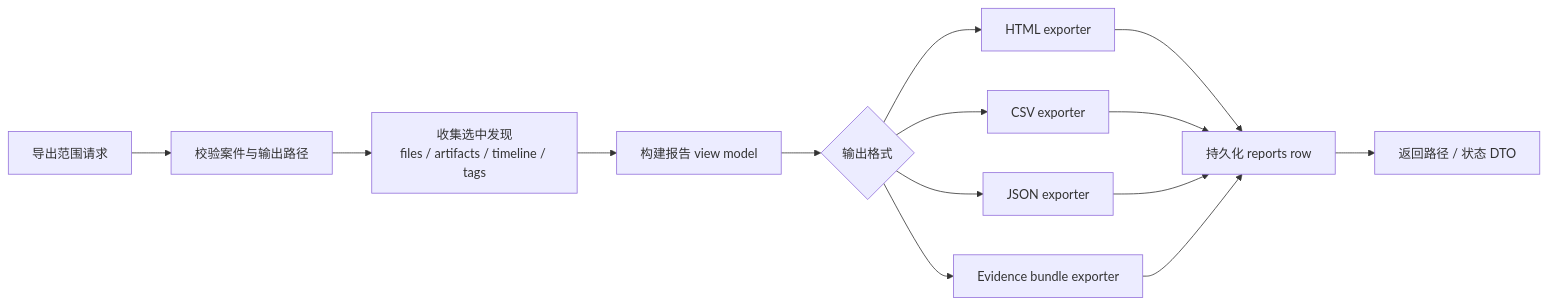
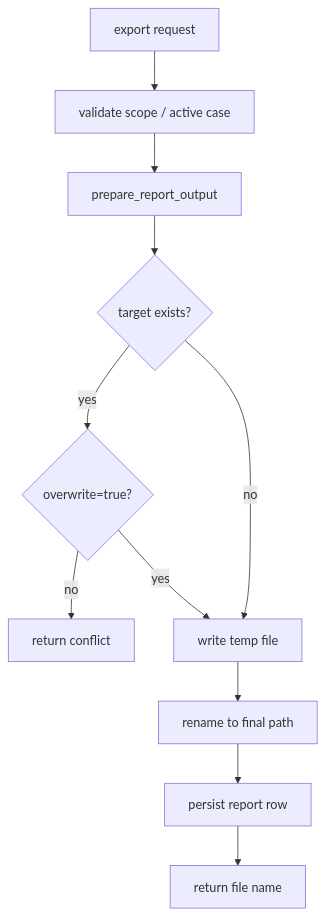
One commit to lQ-A-Ql/meow-detective changed diagram 12 of 14 in docs/model-architecture-algorithm-diagrams.md. Above: the diagram before and after it, drawn with Mermaid. The commit also changed other lines of this file and 46 other files, not shown here.

````diff
--- a/docs/model-architecture-algorithm-diagrams.md
+++ b/docs/model-architecture-algorithm-diagrams.md
@@ -423,25 +264,20 @@
 ```mermaid
-flowchart LR
-  Request["导出范围请求"]
-  Validate["校验案件与输出路径"]
-  Collect["收集选中发现<br/>files / artifacts / timeline / tags"]
-  ViewModel["构建报告 view model"]
-  Render{"输出格式"}
-  Html["HTML exporter"]
-  Csv["CSV exporter"]
-  Json["JSON exporter"]
-  Bundle["Evidence bundle exporter"]
-  Persist["持久化 reports row"]
-  Result["返回路径 / 状态 DTO"]
+flowchart TB
+  Request["export request"]
+  Validate["validate scope / active case"]
+  Prepare["prepare_report_output"]
+  Exists{"target exists?"}
+  Overwrite{"overwrite=true?"}
+  Reject["return conflict"]
+  Temp["write temp file"]
+  Rename["rename to final path"]
+  Persist["persist report row"]
+  Done["return file name"]
 
-  Request --> Validate --> Collect --> ViewModel --> Render
-  Render --> Html
-  Render --> Csv
-  Render --> Json
-  Render --> Bundle
-  Html --> Persist
-  Csv --> Persist
-  Json --> Persist
-  Bundle --> Persist
-  Persist --> Result
+  Request --> Validate --> Prepare --> Exists
+  Exists -->|no| Temp
+  Exists -->|yes| Overwrite
+  Overwrite -->|no| Reject
+  Overwrite -->|yes| Temp
+  Temp --> Rename --> Persist --> Done
 ```
````
